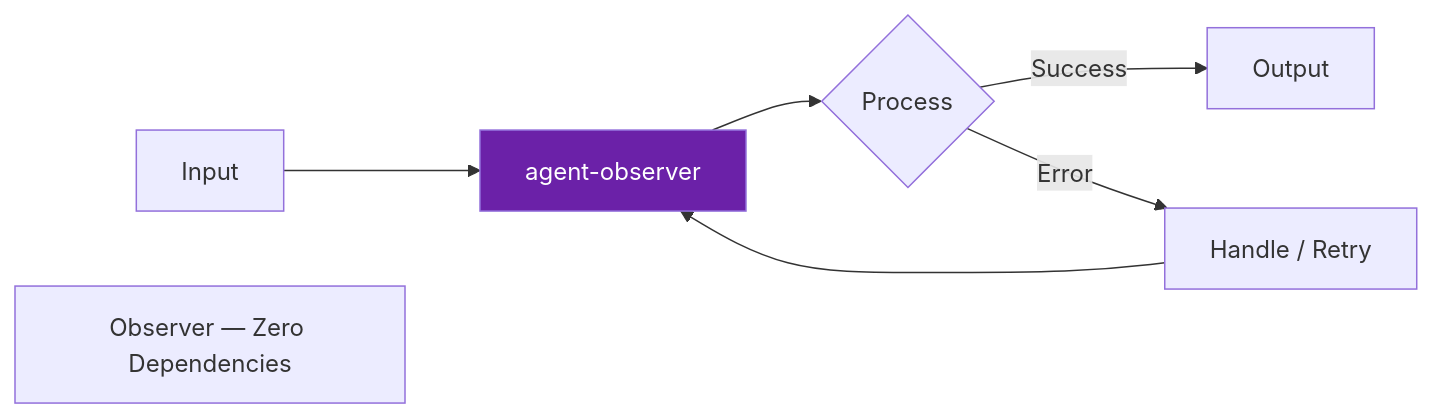
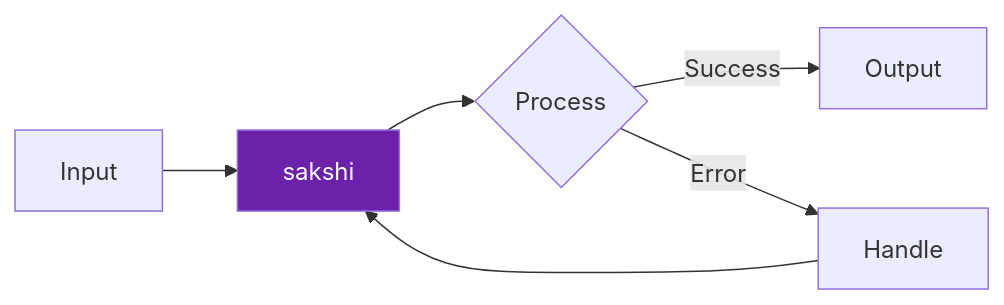
One commit to darshjme/agent-observer changed the diagram in README.md. Above: the diagram before and after it, drawn with Mermaid. The commit also changed other lines of this file and 1 other file, not shown here.

First line of the commit message:
feat(vedic-v3): rename to sakshi (साक्षी)

````diff
--- a/README.md
+++ b/README.md
@@ -48,10 +39,9 @@
 ```mermaid
 flowchart LR
-    A[Input] --> B[agent-observer]
+    A[Input] --> B[sakshi]
     B --> C{Process}
     C -- Success --> D[Output]
-    C -- Error --> E[Handle / Retry]
+    C -- Error --> E[Handle]
     E --> B
     style B fill:#6b21a8,color:#fff
-    note["Observer — Zero Dependencies"]
 ```
````
